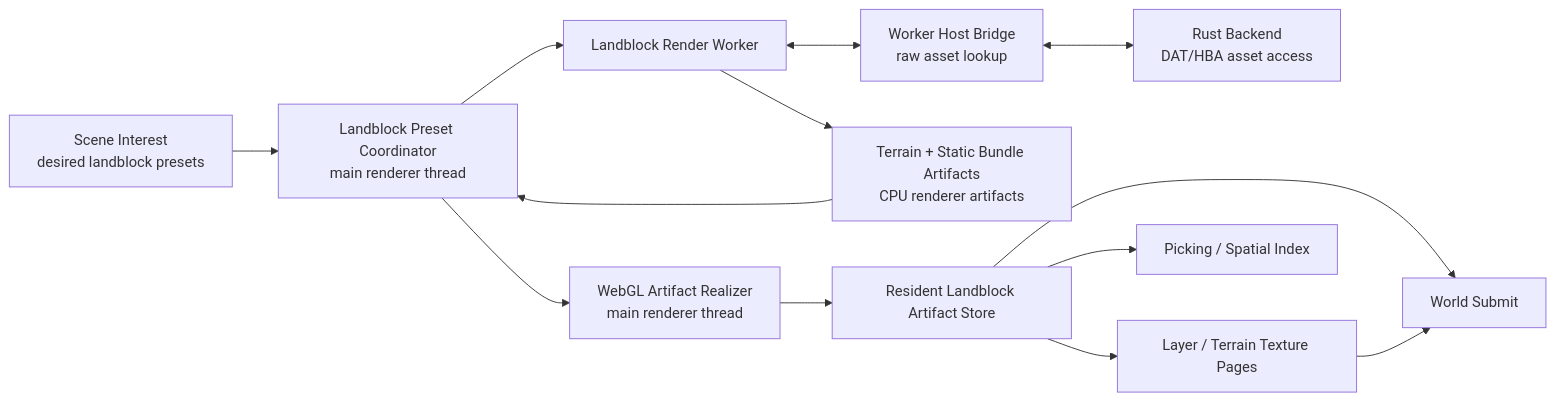
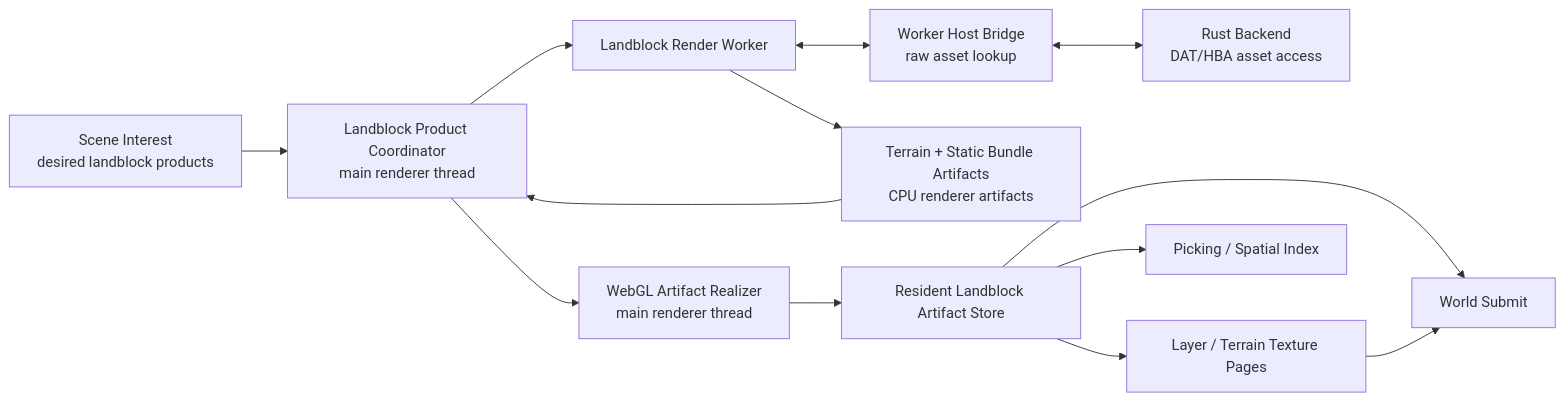
One commit to merklejerk/holtburger changed the first of 10 diagrams in docs/plans/holtburger-3d-static-landblock-render-bundle-replacement-plan.md. Above: the diagram before and after it, drawn with Mermaid. The commit also changed other lines of this file and 3 other files, not shown here.

````diff
--- a/docs/plans/holtburger-3d-static-landblock-render-bundle-replacement-plan.md
+++ b/docs/plans/holtburger-3d-static-landblock-render-bundle-replacement-plan.md
@@ -371,15 +391,15 @@
 ```mermaid
 flowchart LR
-    A[Scene Interest<br/>desired landblock presets] --> K[Landblock Preset Coordinator<br/>main renderer thread]
+    A[Scene Interest<br/>desired landblock products] --> K[Landblock Product Coordinator<br/>main renderer thread]
     K --> B[Landblock Render Worker]
     B <--> C[Worker Host Bridge<br/>raw asset lookup]
     C <--> H[Rust Backend<br/>DAT/HBA asset access]
     B --> D[Terrain + Static Bundle Artifacts<br/>CPU renderer artifacts]
     D --> K
     K --> E[WebGL Artifact Realizer<br/>main renderer thread]
     E --> F[Resident Landblock Artifact Store]
     F --> G[World Submit]
     F --> I[Layer / Terrain Texture Pages]
     I --> G
     F --> J[Picking / Spatial Index]
 ```
````
